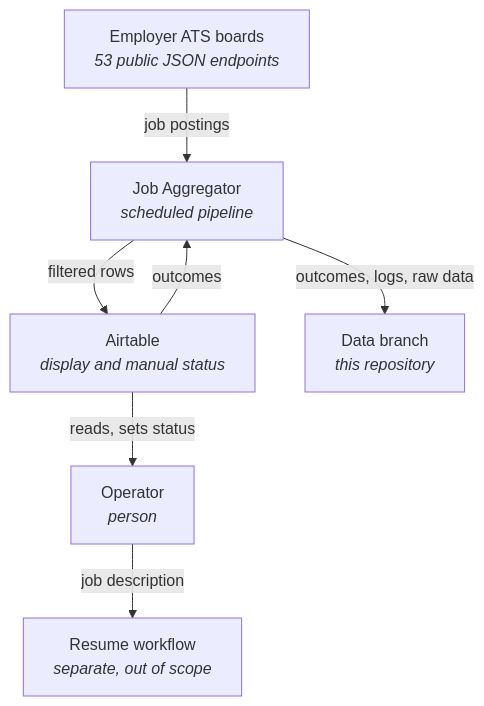
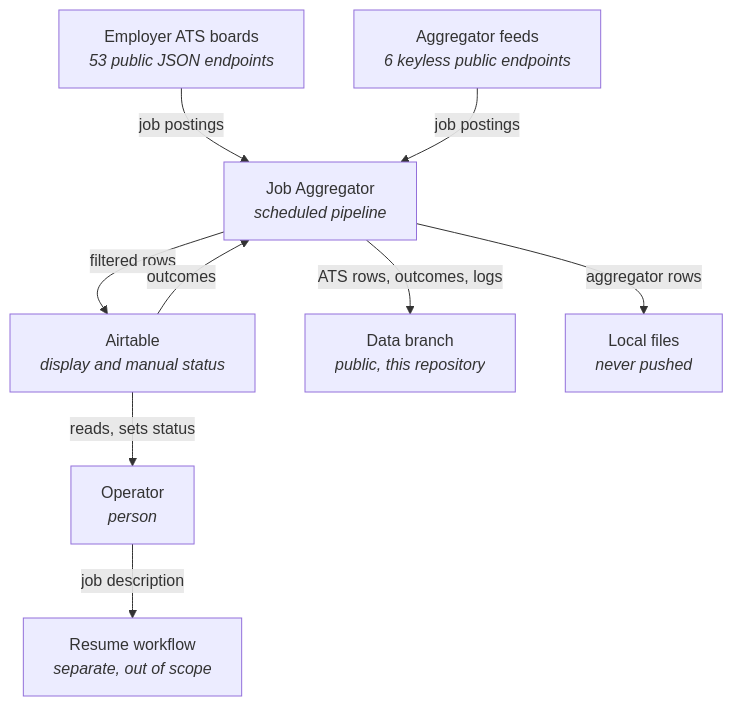
The first of 3 diagrams in docs/architecture-2.0.md (Waqas01CP/job-aggregator), drawn with Mermaid before and after one commit. The commit also changed other lines of this file and 1 other file, not shown here.

````diff
--- a/docs/architecture-2.0.md
+++ b/docs/architecture-2.0.md
@@ -88,15 +94,18 @@
 ```mermaid
 flowchart TD
     OP["Operator<br/><i>person</i>"]
     SYS["Job Aggregator<br/><i>scheduled pipeline</i>"]
     ATS["Employer ATS boards<br/><i>53 public JSON endpoints</i>"]
+    AGG["Aggregator feeds<br/><i>6 keyless public endpoints</i>"]
     AT["Airtable<br/><i>display and manual status</i>"]
     RESUME["Resume workflow<br/><i>separate, out of scope</i>"]
 
     ATS -->|"job postings"| SYS
+    AGG -->|"job postings"| SYS
     SYS -->|"filtered rows"| AT
     AT -->|"reads, sets status"| OP
-    SYS -->|"outcomes, logs, raw data"| GIT["Data branch<br/><i>this repository</i>"]
+    SYS -->|"ATS rows, outcomes, logs"| GIT["Data branch<br/><i>public, this repository</i>"]
+    SYS -->|"aggregator rows"| LOCAL["Local files<br/><i>never pushed</i>"]
     AT -->|"outcomes"| SYS
     OP -->|"job description"| RESUME
 ```
````
